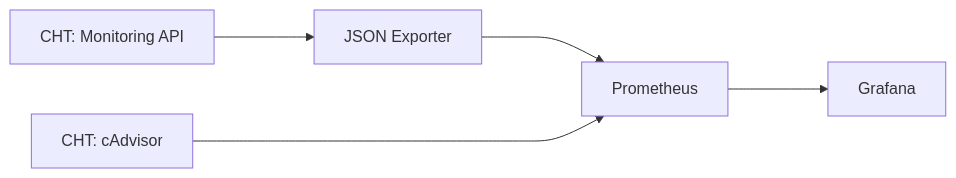
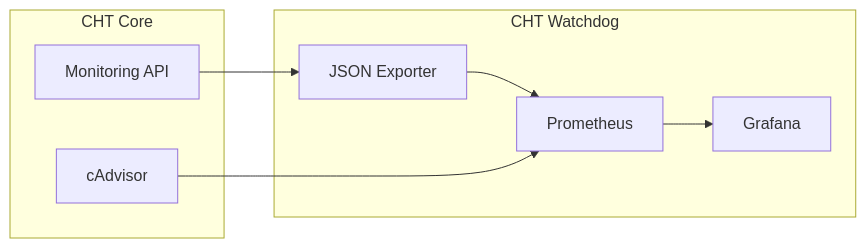
Before and after one commit to medic/cht-docs: the second of 2 diagrams in content/en/apps/guides/hosting/monitoring/integration.md, drawn with Mermaid. The commit also changed other lines of this file, not shown here.

Commit message:
update charts to have subgraphs, re-order steps

````diff
--- a/content/en/apps/guides/hosting/monitoring/integration.md
+++ b/content/en/apps/guides/hosting/monitoring/integration.md
@@ -32,7 +40,16 @@
 ```mermaid
-graph LR;
-    cht[CHT: Monitoring API]--->json[JSON Exporter];
-    json--->Prometheus;
-    Prometheus--->Grafana;
-    cadvisor[CHT: cAdvisor]----->Prometheus;
+flowchart LR
+
+subgraph core[CHT Core]
+  mon_api["Monitoring API"]:::client_node
+  cAdvisor:::client_node
+end
+
+subgraph watchdog[CHT Watchdog]
+    json[JSON Exporter] --> Prometheus
+    Prometheus --> Grafana
+end
+
+mon_api  --> json
+cAdvisor  --> Prometheus
 ```
````
